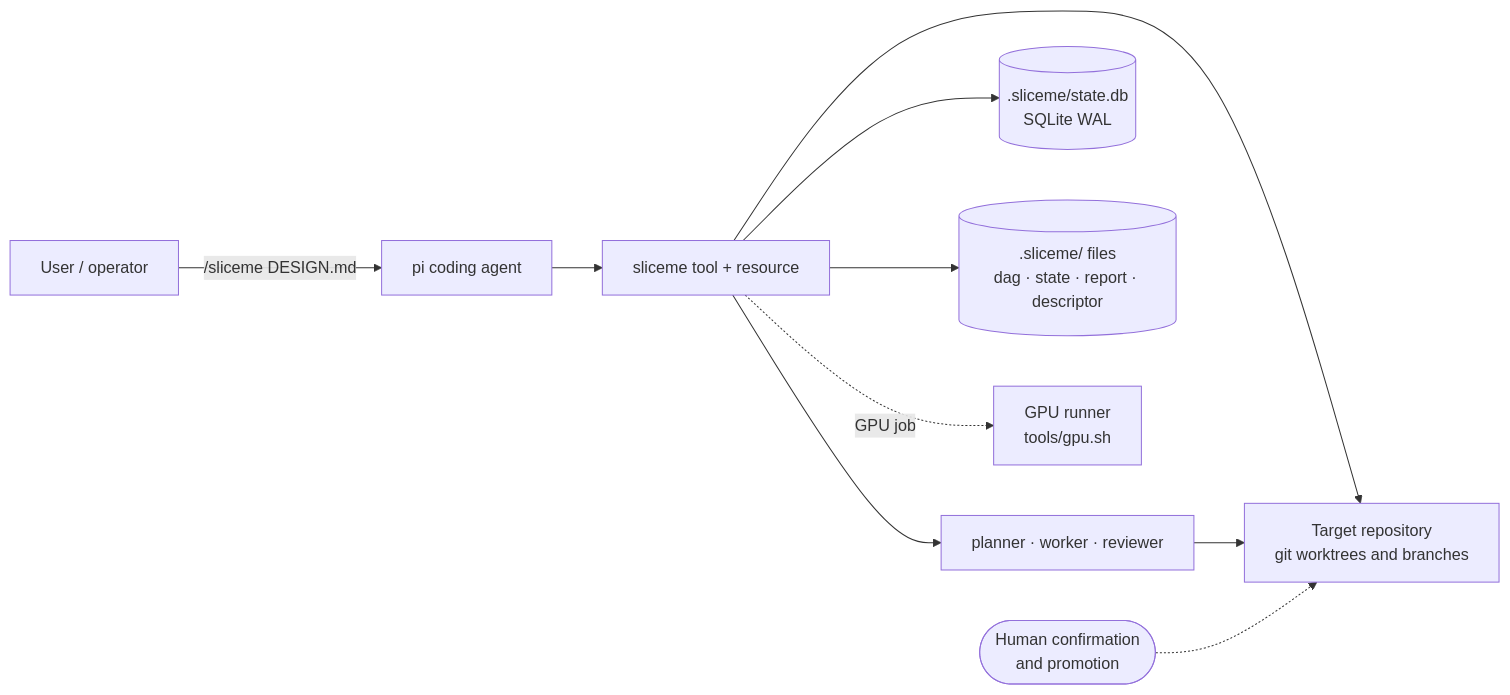
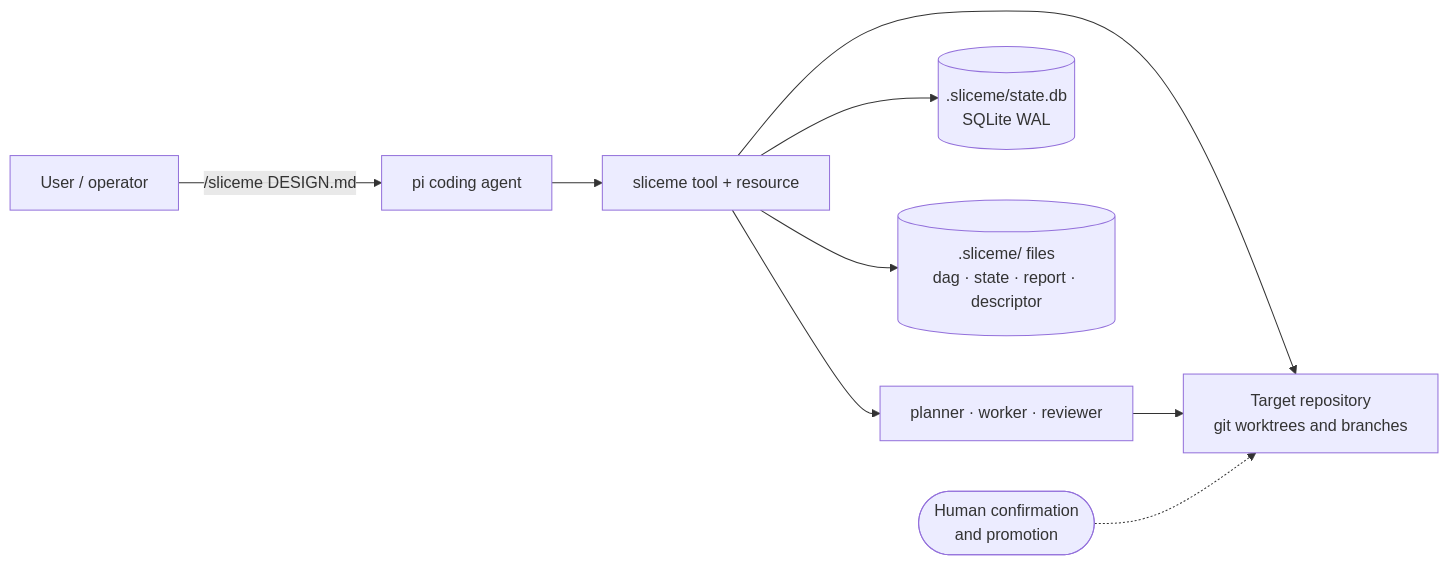
Before and after one commit to ming6ao/sliceme: the first of 10 diagrams in docs/architecture.md, drawn with Mermaid. The commit also changed other lines of this file and 57 other files, not shown here.

````diff
--- a/docs/architecture.md
+++ b/docs/architecture.md
@@ -50,12 +52,11 @@
 ```mermaid
 flowchart LR
   U["User / operator"] -->|"/sliceme DESIGN.md"| PI["pi coding agent"]
   PI --> SL["sliceme tool + resource"]
   SL --> AG["planner · worker · reviewer"]
   SL --> REPO["Target repository<br/>git worktrees and branches"]
   AG --> REPO
   SL --> DB[(".sliceme/state.db<br/>SQLite WAL")]
   SL --> FS[(".sliceme/ files<br/>dag · state · report · descriptor")]
-  SL -.->|"GPU job"| GPU["GPU runner<br/>tools/gpu.sh"]
   PIUSER(["Human confirmation<br/>and promotion"]) -.-> REPO
 ```
````
